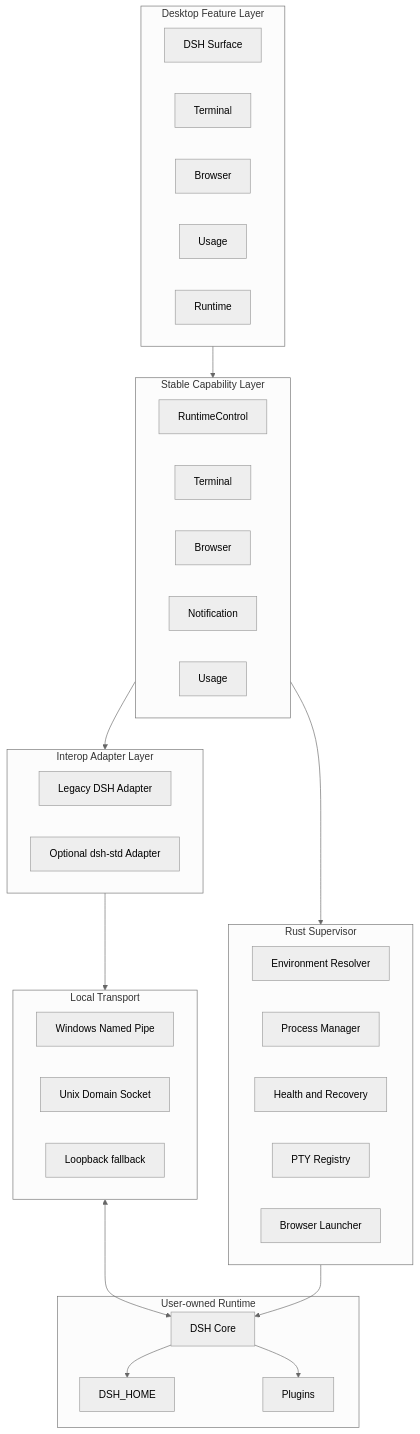
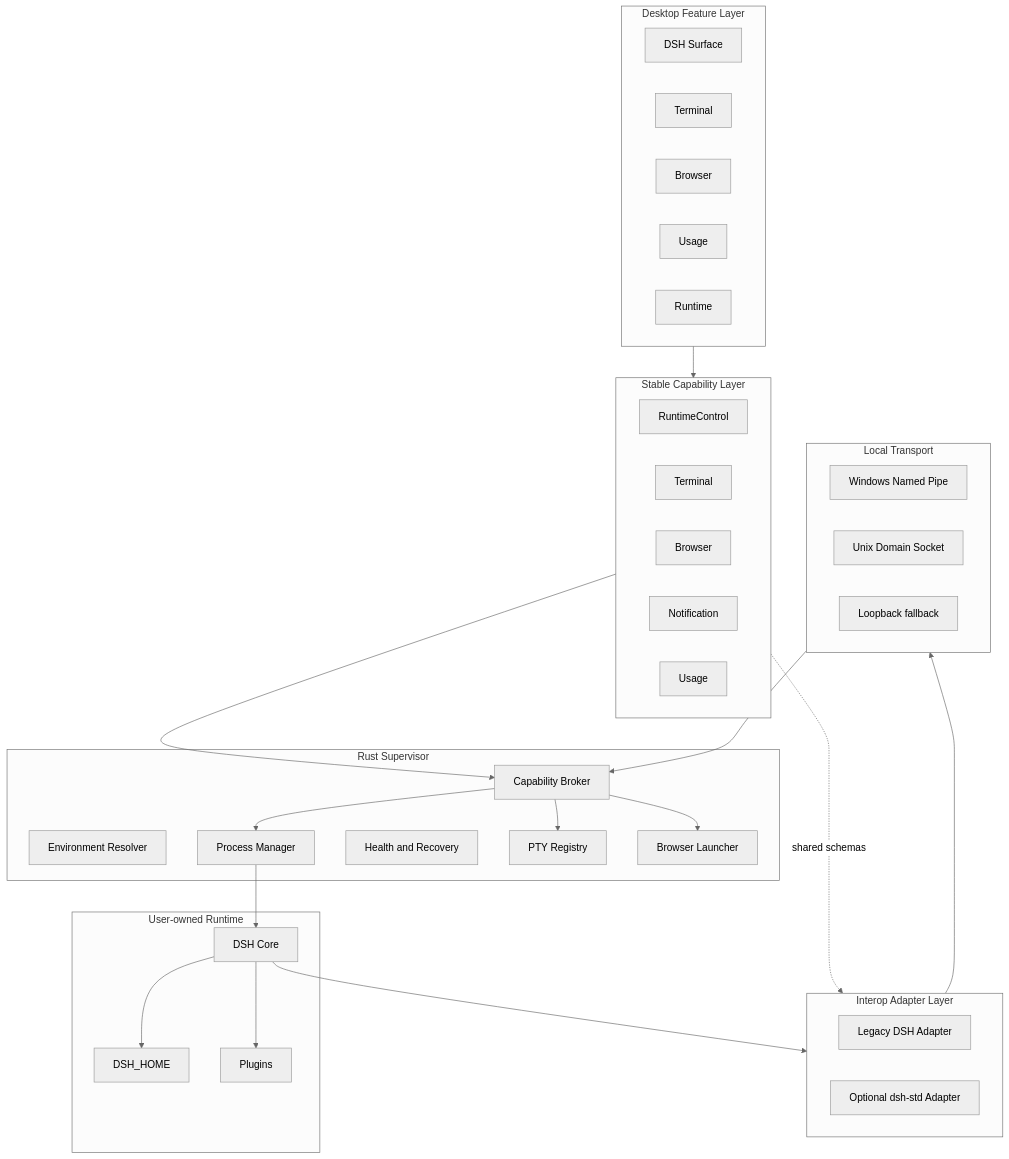
One commit to Icstick/dsh-desktop-shell changed the diagram in docs/architecture/OVERVIEW.md. Above: the diagram before and after it, drawn with Mermaid (neutral theme). The commit also changed other lines of this file and 10 other files, not shown here.

Commit message:
docs(architecture): close M0 ownership gaps

````diff
--- a/docs/architecture/OVERVIEW.md
+++ b/docs/architecture/OVERVIEW.md
@@ -20,46 +20,51 @@
 ```mermaid
 flowchart TB
   subgraph F[Desktop Feature Layer]
     DSHV[DSH Surface]
     TERM[Terminal]
     BROW[Browser]
     USAGE[Usage]
     RUNTIME[Runtime]
   end
   subgraph C[Stable Capability Layer]
     RC[RuntimeControl]
     TC[Terminal]
     BC[Browser]
     NC[Notification]
     UC[Usage]
   end
   subgraph I[Interop Adapter Layer]
     LEG[Legacy DSH Adapter]
     STD[Optional dsh-std Adapter]
   end
   subgraph T[Local Transport]
     PIPE[Windows Named Pipe]
     UDS[Unix Domain Socket]
     LOOP[Loopback fallback]
   end
   subgraph S[Rust Supervisor]
+    BROKER[Capability Broker]
     ENV[Environment Resolver]
     PROC[Process Manager]
     HEALTH[Health and Recovery]
     PTY[PTY Registry]
     BP[Browser Launcher]
   end
   subgraph U[User-owned Runtime]
     DSH[DSH Core]
     HOME[DSH_HOME]
     PLUG[Plugins]
   end
   F --> C
-  C --> S
-  C --> I
+  C --> BROKER
+  C -. shared schemas .-> I
+  DSH --> I
   I --> T
-  T <--> DSH
-  S --> DSH
+  T --> BROKER
+  BROKER --> PROC
+  BROKER --> PTY
+  BROKER --> BP
+  PROC --> DSH
   DSH --> HOME
   DSH --> PLUG
 ```
````
